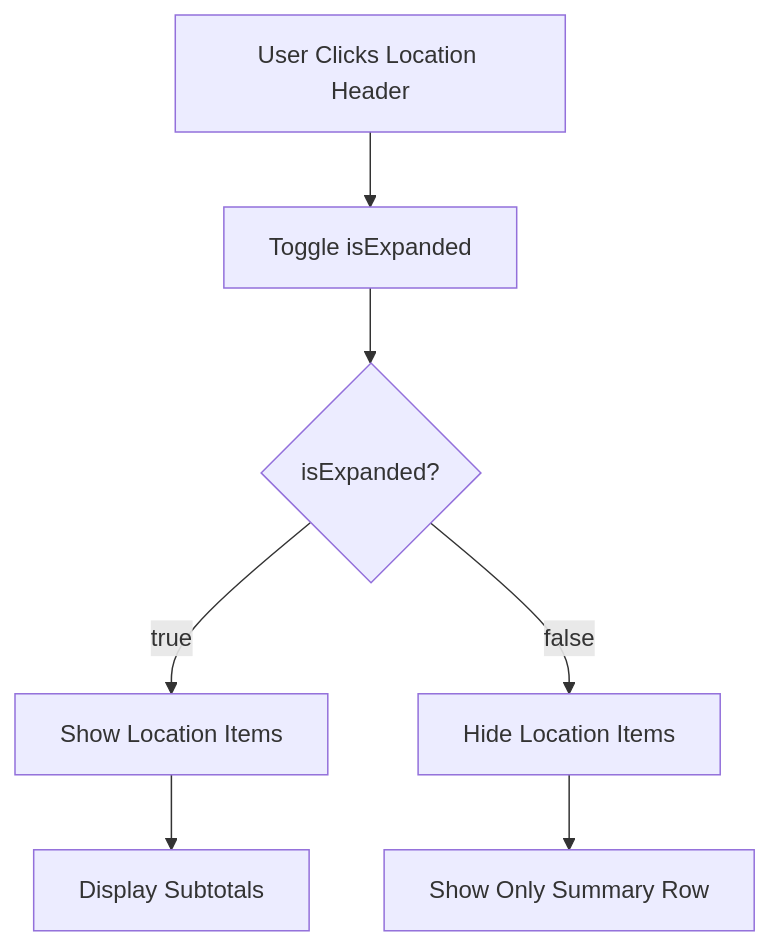
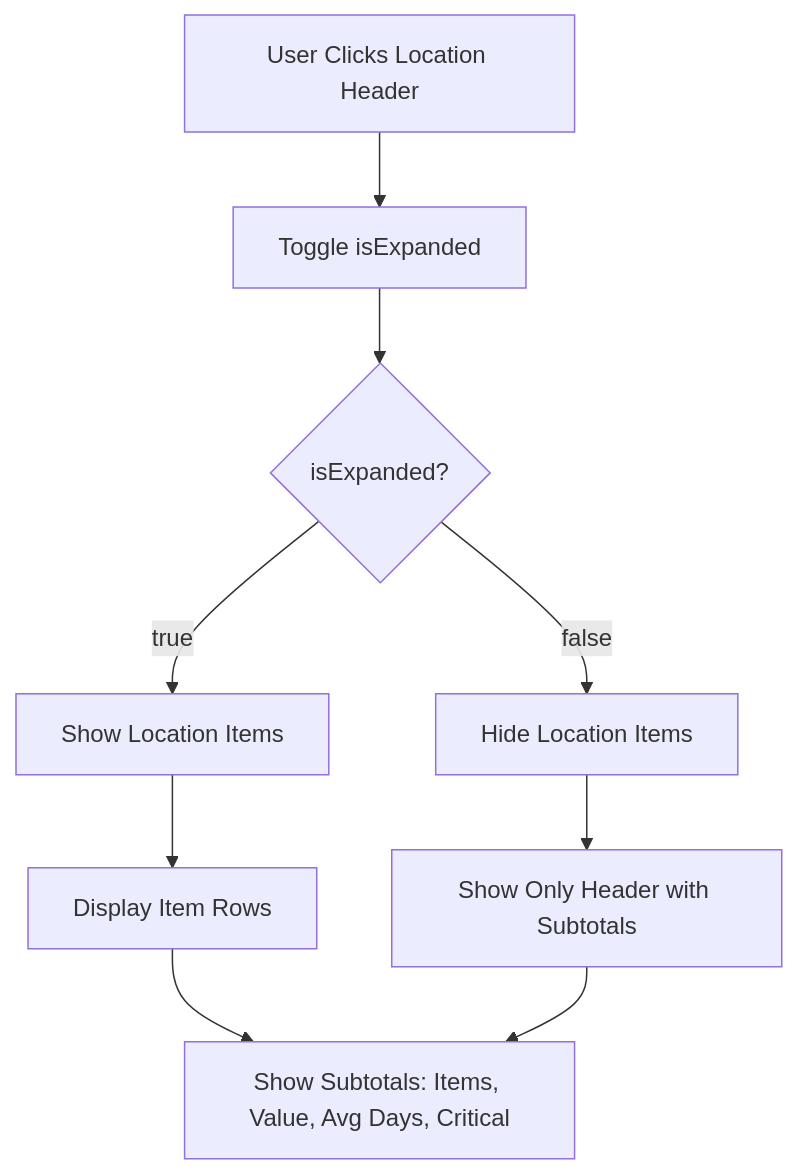
One commit to PeakMNA/carmen changed diagram 15 of 18 in docs/app/inventory-management/stock-overview/slow-moving/FD-slow-moving.md. Above: the diagram before and after it, drawn with Mermaid. The commit also changed other lines of this file and 473 other files, not shown here.

````diff
--- a/docs/app/inventory-management/stock-overview/slow-moving/FD-slow-moving.md
+++ b/docs/app/inventory-management/stock-overview/slow-moving/FD-slow-moving.md
@@ -228,9 +319,11 @@
 ```mermaid
 flowchart TD
     A[User Clicks Location Header] --> B[Toggle isExpanded]
     B --> C{isExpanded?}
     C -->|true| D[Show Location Items]
     C -->|false| E[Hide Location Items]
-    D --> F[Display Subtotals]
-    E --> G[Show Only Summary Row]
+    D --> F[Display Item Rows]
+    E --> G[Show Only Header with Subtotals]
+    F --> H[Show Subtotals: Items, Value, Avg Days, Critical]
+    G --> H
 ```
````
